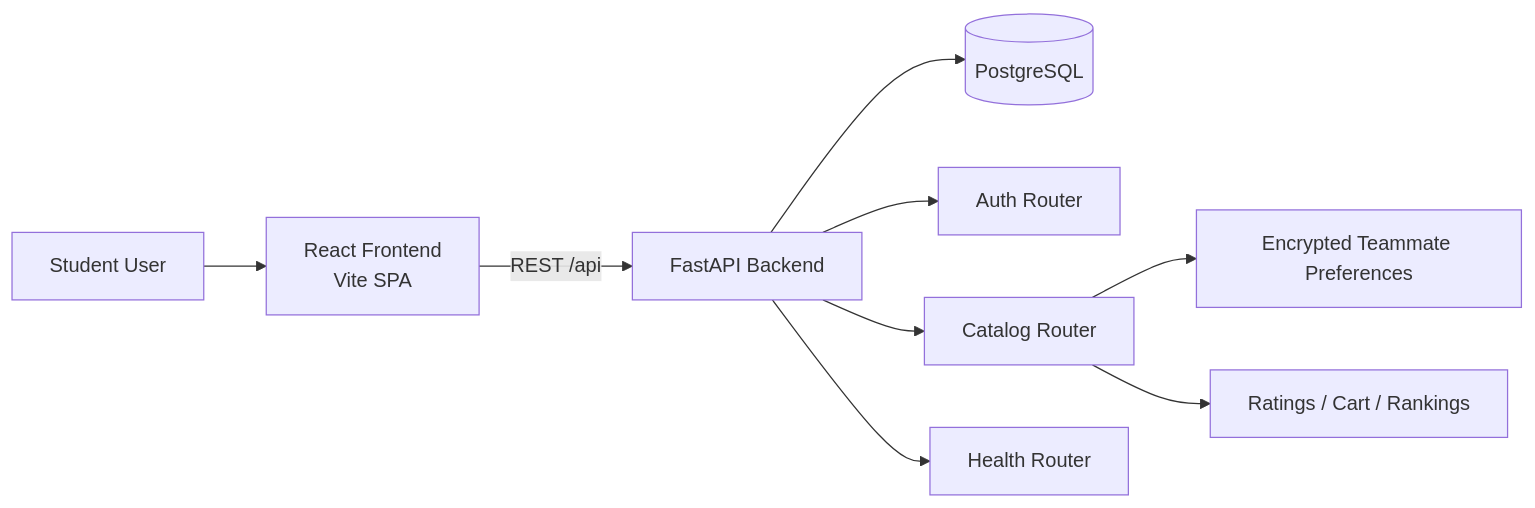
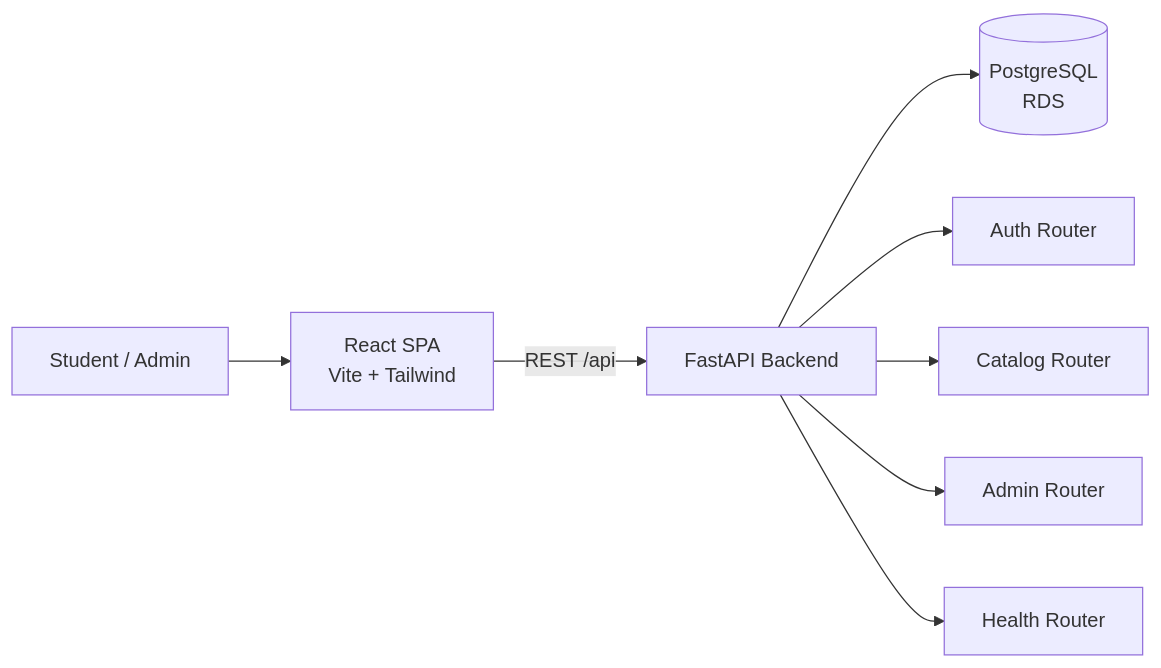
Before and after one commit to Kedar-V/Duke_Capstone: the first of 2 diagrams in README.md, drawn with Mermaid. The commit also changed other lines of this file, not shown here.

````diff
--- a/README.md
+++ b/README.md
@@ -53,13 +37,11 @@
 ```mermaid
 flowchart LR
-	U[Student User] --> FE[React Frontend\nVite SPA]
-	FE -->|REST /api| API[FastAPI Backend]
-	API --> DB[(PostgreSQL)]
+    U[Student / Admin] --> FE[React SPA<br/>Vite + Tailwind]
+    FE -->|REST /api| API[FastAPI Backend]
+    API --> DB[(PostgreSQL<br/>RDS)]
 
-	API --> AUTH[Auth Router]
-	API --> CATALOG[Catalog Router]
-	API --> HEALTH[Health Router]
-
-	CATALOG --> PREFS[Encrypted Teammate Preferences]
-	CATALOG --> RATINGS[Ratings / Cart / Rankings]
+    API --> AUTH[Auth Router]
+    API --> CATALOG[Catalog Router]
+    API --> ADMIN[Admin Router]
+    API --> HEALTH[Health Router]
 ```
````
